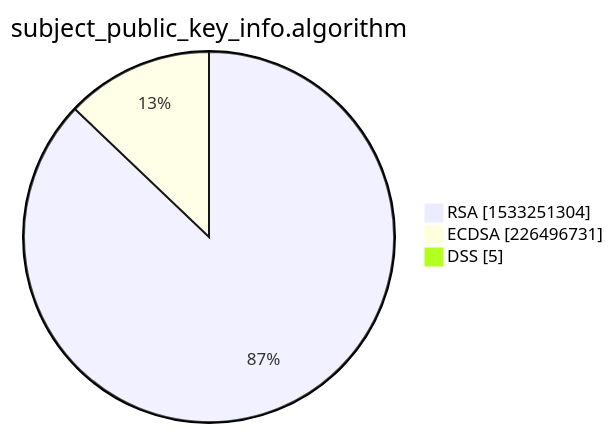
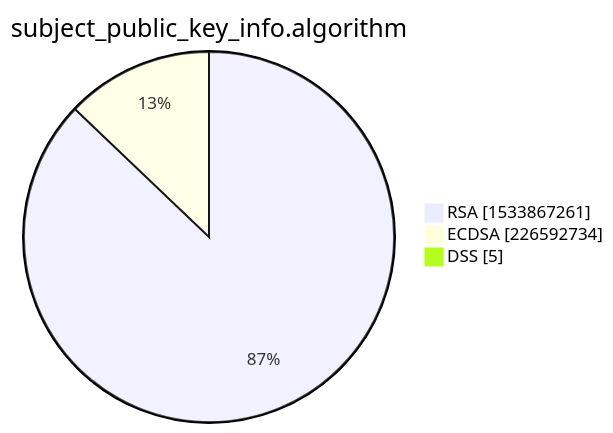
The third of 15 diagrams in xenon2022/README.md (christiankrug/ctmonitor_visualization), drawn with Mermaid before and after one commit. The commit also changed other lines of this file, not shown here.

````diff
--- a/xenon2022/README.md
+++ b/xenon2022/README.md
@@ -14,7 +14,7 @@
 ```mermaid
 pie showData
 title subject_public_key_info.algorithm
-"RSA" :1533251304
-"ECDSA" :226496731
+"RSA" :1533867261
+"ECDSA" :226592734
 "DSS" :5
 ```
````
